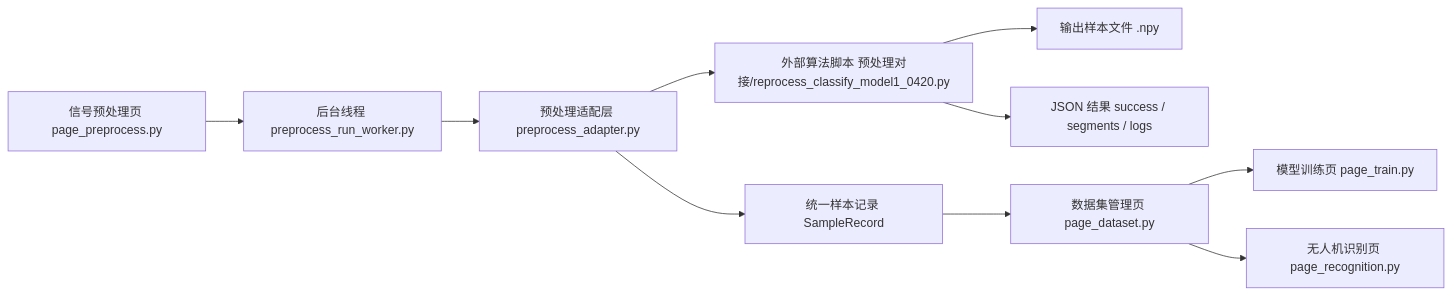
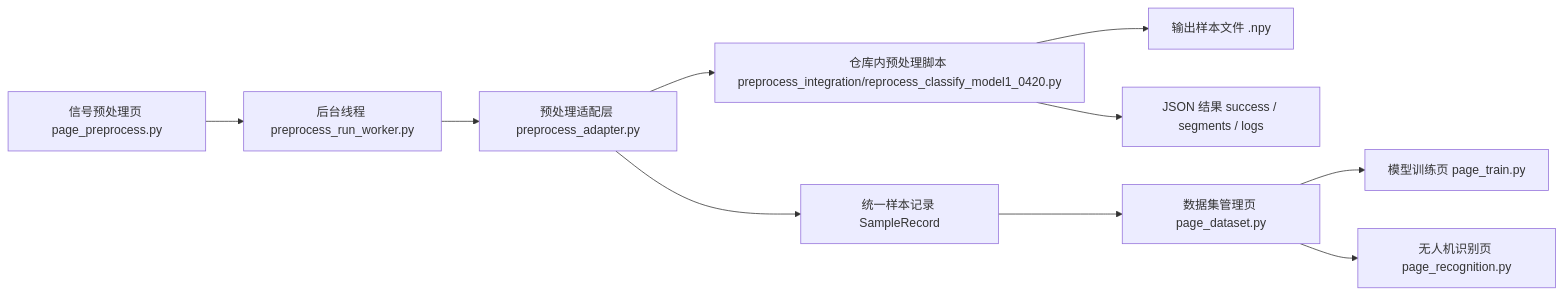
Before and after one commit to Faker38/aircraft_project: the diagram in docs/preprocess_integration_flow.md, drawn with Mermaid. The commit also changed other lines of this file and 2 other files, not shown here.

Commit message:
Move preprocess integration script into repo

````diff
--- a/docs/preprocess_integration_flow.md
+++ b/docs/preprocess_integration_flow.md
@@ -5,12 +5,12 @@
 ```mermaid
 flowchart LR
     A[信号预处理页 page_preprocess.py] --> B[后台线程 preprocess_run_worker.py]
     B --> C[预处理适配层 preprocess_adapter.py]
-    C --> D[外部算法脚本 预处理对接/reprocess_classify_model1_0420.py]
+    C --> D[仓库内预处理脚本 preprocess_integration/reprocess_classify_model1_0420.py]
     D --> E[输出样本文件 .npy]
     D --> F[JSON 结果 success / segments / logs]
     C --> G[统一样本记录 SampleRecord]
     G --> H[数据集管理页 page_dataset.py]
     H --> I[模型训练页 page_train.py]
     H --> J[无人机识别页 page_recognition.py]
 ```
````
